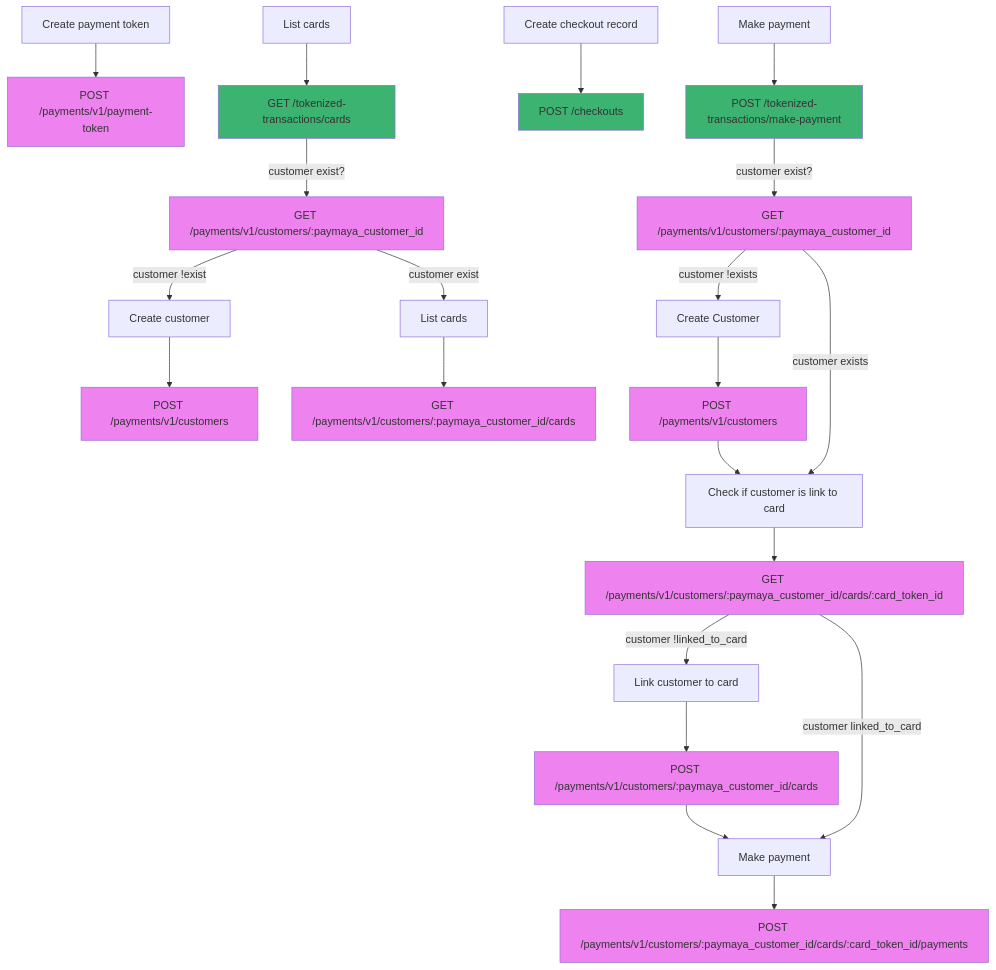
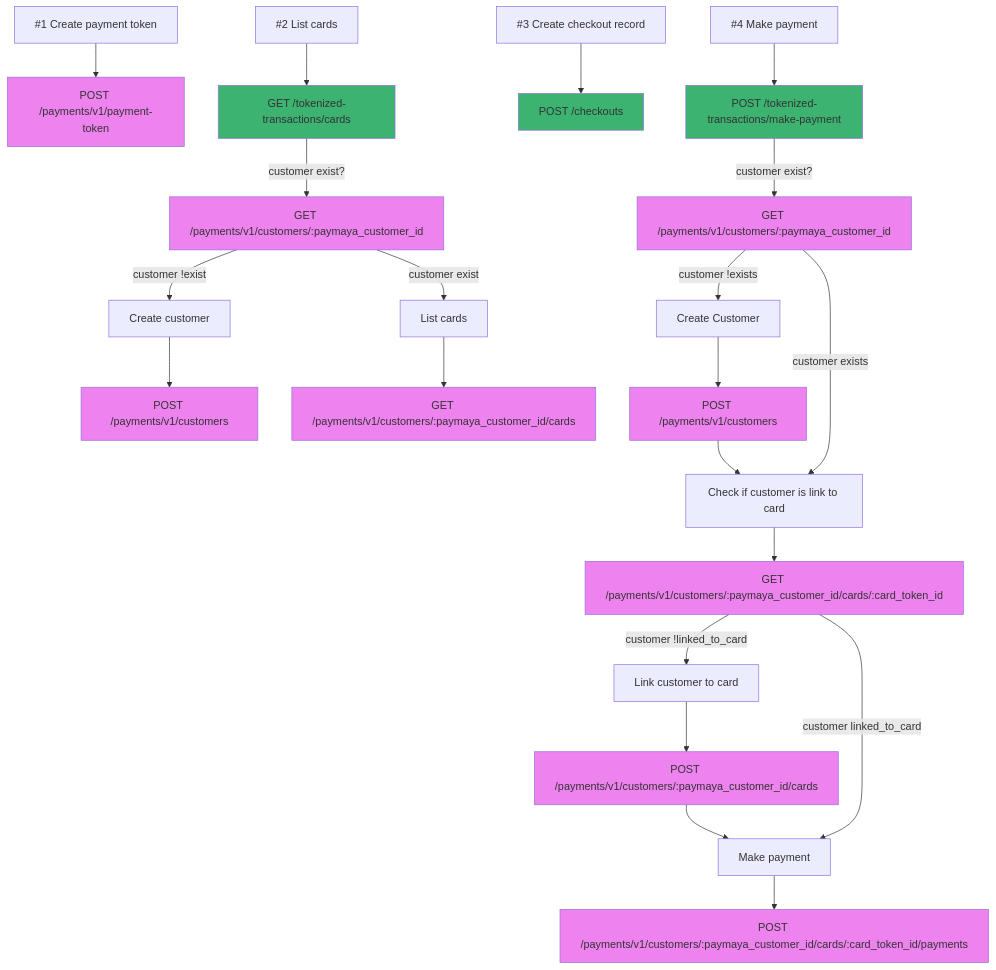
The diagram in maya-payment-card-flow.md (israelcoper/mermaid-diagram), drawn with Mermaid before and after one commit.

````diff
--- a/maya-payment-card-flow.md
+++ b/maya-payment-card-flow.md
@@ -2,38 +2,38 @@
 ```mermaid
 ---
 title:
 ---
 flowchart TB;
     style A1 fill:#ee82ee
     style B1 fill:#3cb371
     style E1 fill:#3cb371
     style F1 fill:#3cb371
     style F2 fill:#ee82ee
     style C fill:#ee82ee
     style D1 fill:#ee82ee
     style D3 fill:#ee82ee
     style G1 fill:#ee82ee
     style H0 fill:#ee82ee
     style H3 fill:#ee82ee
     style H4 fill:#ee82ee
-    A0[Create payment token]-->A1[POST /payments/v1/payment-token];
-    B0[List cards]-->B1[GET /tokenized-transactions/cards];
+    A0["#1 Create payment token"]-->A1[POST /payments/v1/payment-token];
+    B0["#2 List cards"]-->B1[GET /tokenized-transactions/cards];
     B1-- customer exist? -->C[GET /payments/v1/customers/:paymaya_customer_id];
     C-- customer !exist -->D0[Create customer];
     D0-->D1[POST /payments/v1/customers];
     C-- customer exist -->D2[List cards];
     D2-->D3[GET /payments/v1/customers/:paymaya_customer_id/cards]
-    E0[Create checkout record]-->E1[POST /checkouts];
-    FO[Make payment]-->F1[POST /tokenized-transactions/make-payment];
+    E0["#3 Create checkout record"]-->E1[POST /checkouts];
+    FO["#4 Make payment"]-->F1[POST /tokenized-transactions/make-payment];
     F1-- customer exist? -->F2[GET /payments/v1/customers/:paymaya_customer_id];
     F2-- customer !exists -->G0[Create Customer];
     G0-->G1[POST /payments/v1/customers];
     G1-->G2[Check if customer is link to card];
     F2-- customer exists -->G2;
     G2-->H0[GET /payments/v1/customers/:paymaya_customer_id/cards/:card_token_id]
     H0-- customer !linked_to_card -->H1[Link customer to card];
     H1-->H4[POST /payments/v1/customers/:paymaya_customer_id/cards];
     H4-->H2;
     H0-- customer linked_to_card -->H2[Make payment];
     H2-->H3[POST /payments/v1/customers/:paymaya_customer_id/cards/:card_token_id/payments]
 ```
````
